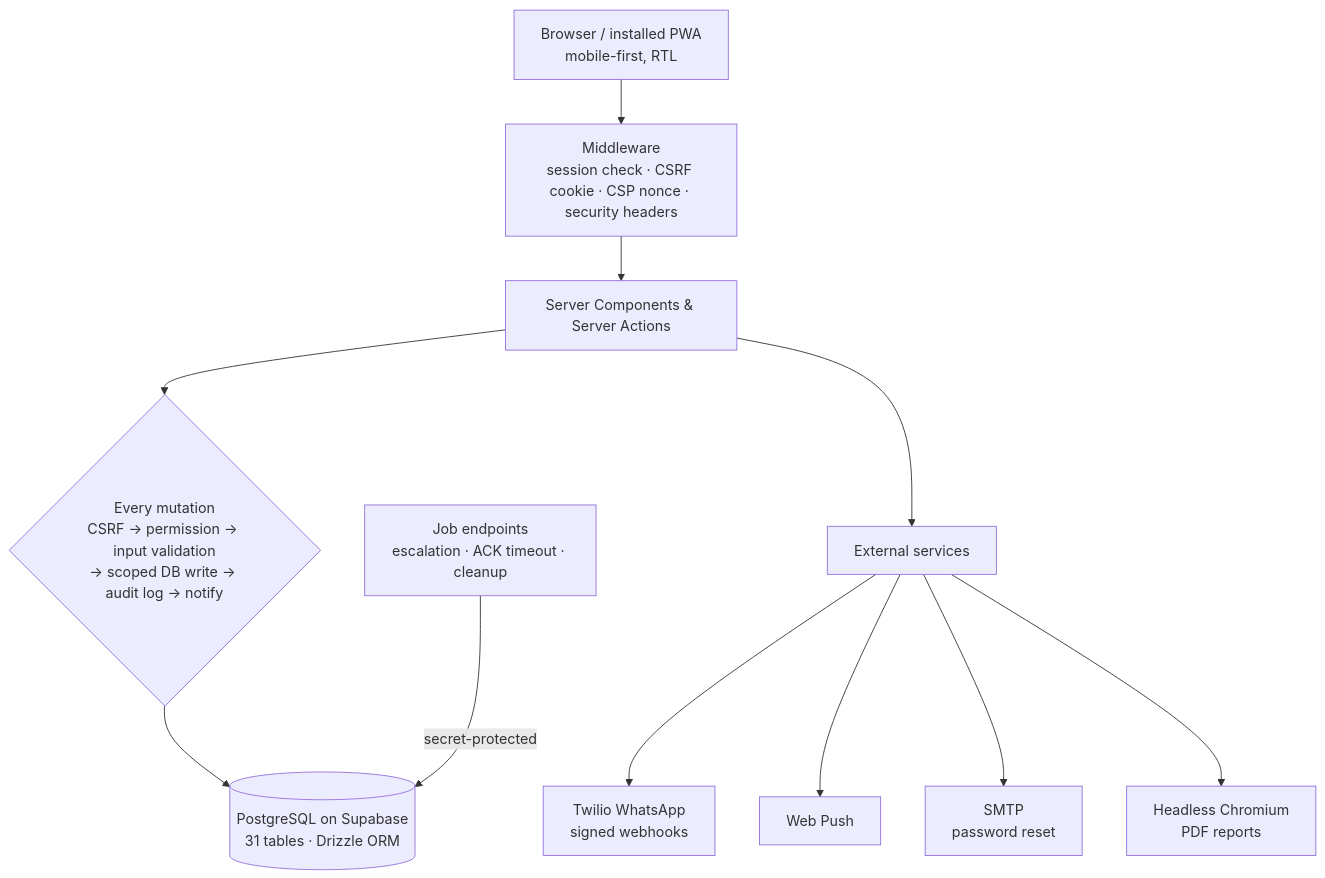
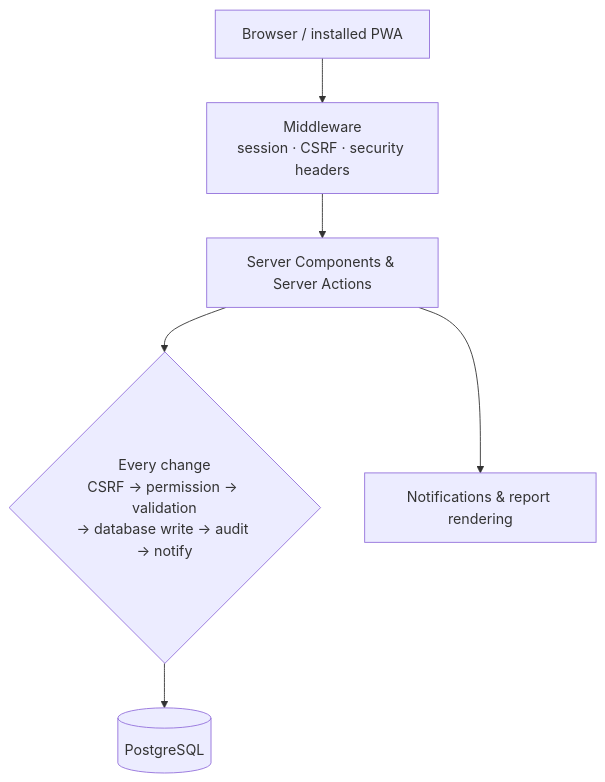
Before and after one commit to joniso2/on-it: the second of 2 diagrams in README.md, drawn with Mermaid. The commit also changed other lines of this file, not shown here.

````diff
--- a/README.md
+++ b/README.md
@@ -248,13 +227,8 @@
 ```mermaid
 flowchart TD
-    U["Browser / installed PWA<br/>mobile-first, RTL"] --> M["Middleware<br/>session check · CSRF cookie · CSP nonce · security headers"]
+    U["Browser / installed PWA"] --> M["Middleware<br/>session · CSRF · security headers"]
     M --> S["Server Components & Server Actions"]
-    S --> P{"Every mutation<br/>CSRF → permission → input validation<br/>→ scoped DB write → audit log → notify"}
-    P --> DB[("PostgreSQL on Supabase<br/>31 tables · Drizzle ORM")]
-    S --> EXT["External services"]
-    EXT --> T["Twilio WhatsApp<br/>signed webhooks"]
-    EXT --> W["Web Push"]
-    EXT --> E["SMTP<br/>password reset"]
-    EXT --> R["Headless Chromium<br/>PDF reports"]
-    J["Job endpoints<br/>escalation · ACK timeout · cleanup"] -- "secret-protected" --> DB
+    S --> P{"Every change<br/>CSRF → permission → validation<br/>→ database write → audit → notify"}
+    P --> DB[("PostgreSQL")]
+    S --> EXT["Notifications & report rendering"]
 ```
````
